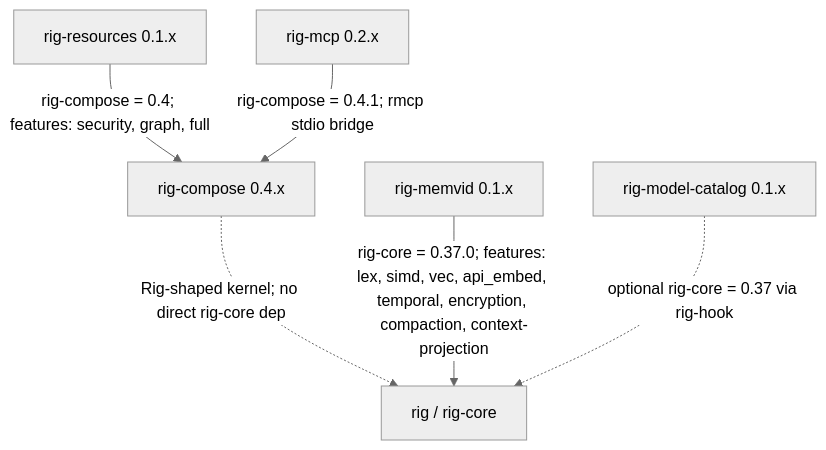
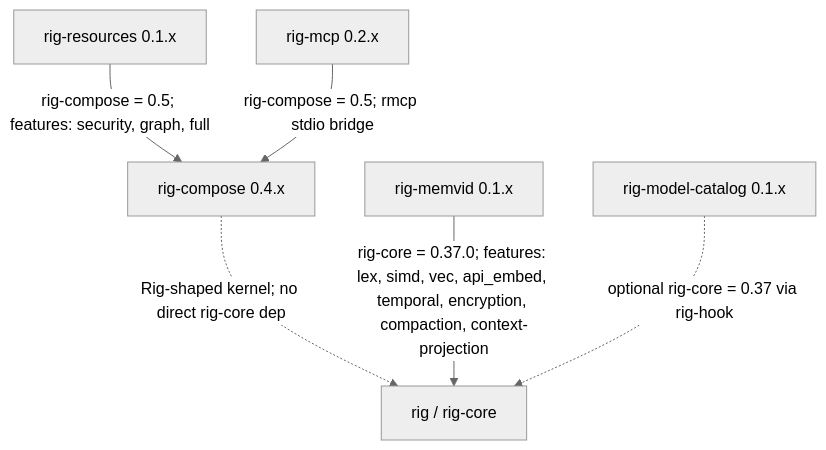
One commit to ForeverAngry/rig-mcp changed the diagram in README.md. Above: the diagram before and after it, drawn with Mermaid (neutral theme). The commit also changed other lines of this file, not shown here.

````diff
--- a/README.md
+++ b/README.md
@@ -169,15 +169,15 @@
 ```mermaid
 flowchart TD
     rig["rig / rig-core"]
     compose["rig-compose 0.4.x"]
     resources["rig-resources 0.1.x"]
     mcp["rig-mcp 0.2.x"]
     memvid["rig-memvid 0.1.x"]
     model_meta["rig-model-catalog 0.1.x"]
 
     compose -. "Rig-shaped kernel; no direct rig-core dep" .-> rig
-    resources -- "rig-compose = 0.4; features: security, graph, full" --> compose
-    mcp -- "rig-compose = 0.4.1; rmcp stdio bridge" --> compose
+    resources -- "rig-compose = 0.5; features: security, graph, full" --> compose
+    mcp -- "rig-compose = 0.5; rmcp stdio bridge" --> compose
     memvid -- "rig-core = 0.37.0; features: lex, simd, vec, api_embed, temporal, encryption, compaction, context-projection" --> rig
     model_meta -. "optional rig-core = 0.37 via rig-hook" .-> rig
 ```
````
